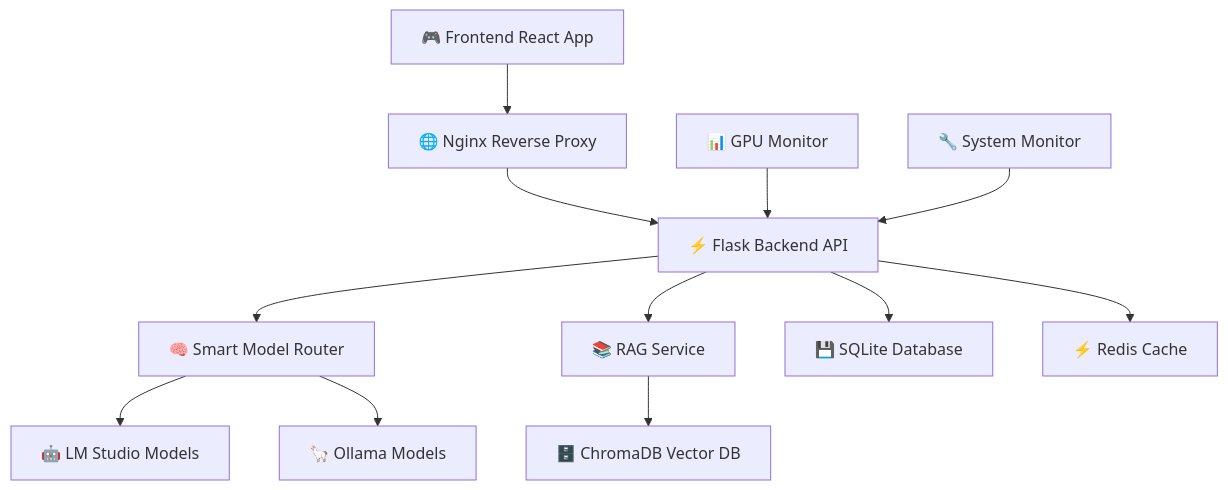
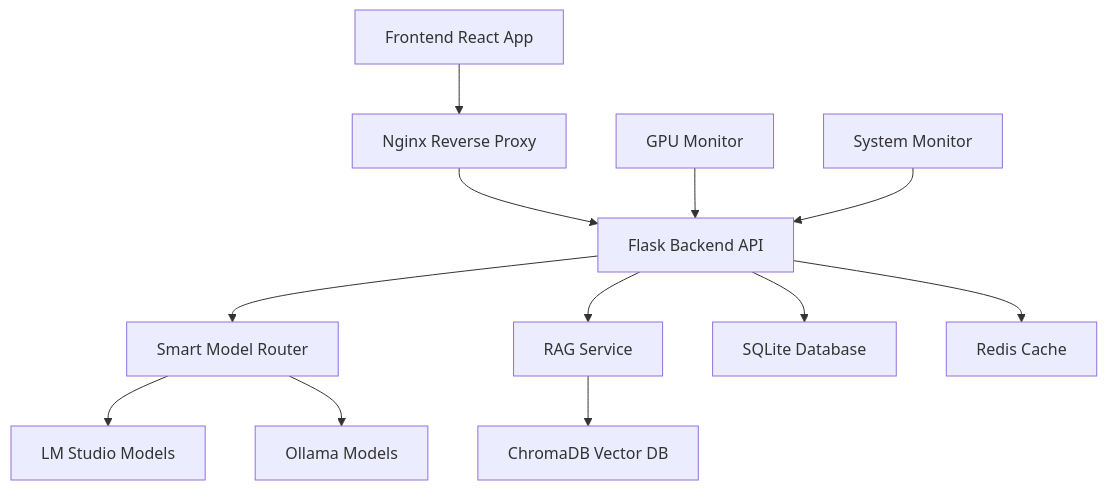
One commit to Somnius/shadowrealms-ai changed the diagram in README.md. Above: the diagram before and after it, drawn with Mermaid. The commit also changed other lines of this file, not shown here.

````diff
--- a/README.md
+++ b/README.md
@@ -157,14 +185,14 @@
 ```mermaid
 graph TB
-    A[🎮 Frontend React App] --> B[🌐 Nginx Reverse Proxy]
-    B --> C[⚡ Flask Backend API]
-    C --> D[🧠 Smart Model Router]
-    C --> E[📚 RAG Service]
-    C --> F[💾 SQLite Database]
-    C --> G[⚡ Redis Cache]
-    E --> H[🗄️ ChromaDB Vector DB]
-    D --> I[🤖 LM Studio Models]
-    D --> J[🦙 Ollama Models]
-    K[📊 GPU Monitor] --> C
-    L[🔧 System Monitor] --> C
+    A[Frontend React App] --> B[Nginx Reverse Proxy]
+    B --> C[Flask Backend API]
+    C --> D[Smart Model Router]
+    C --> E[RAG Service]
+    C --> F[SQLite Database]
+    C --> G[Redis Cache]
+    E --> H[ChromaDB Vector DB]
+    D --> I[LM Studio Models]
+    D --> J[Ollama Models]
+    K[GPU Monitor] --> C
+    L[System Monitor] --> C
 ```
````
